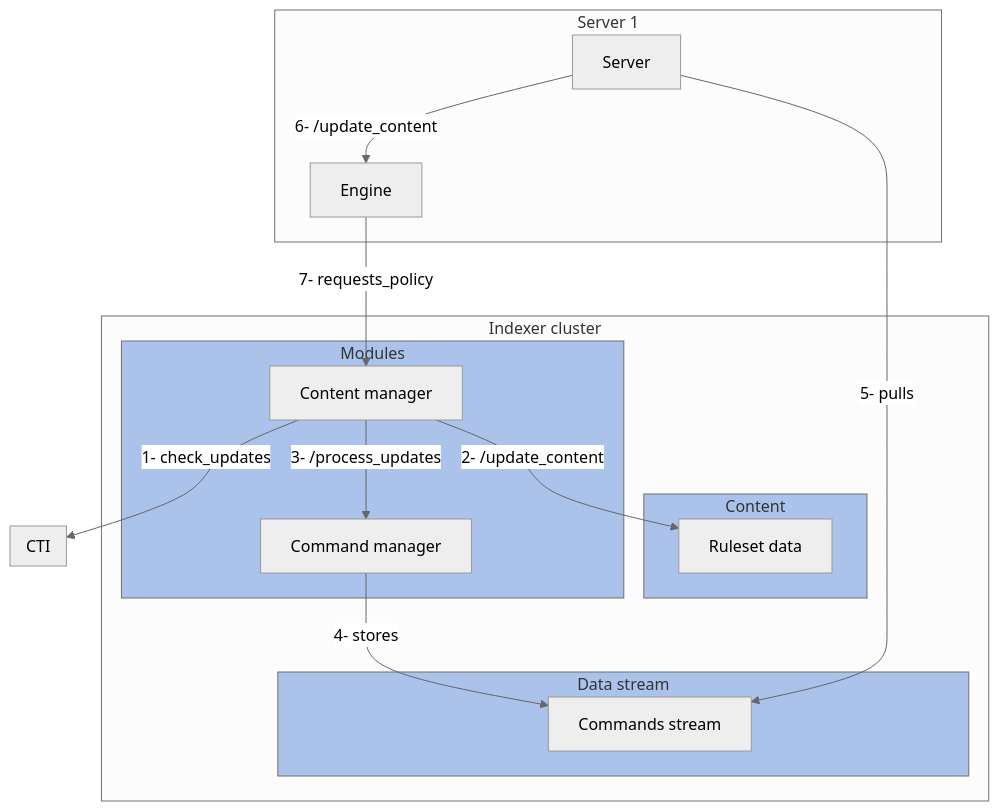
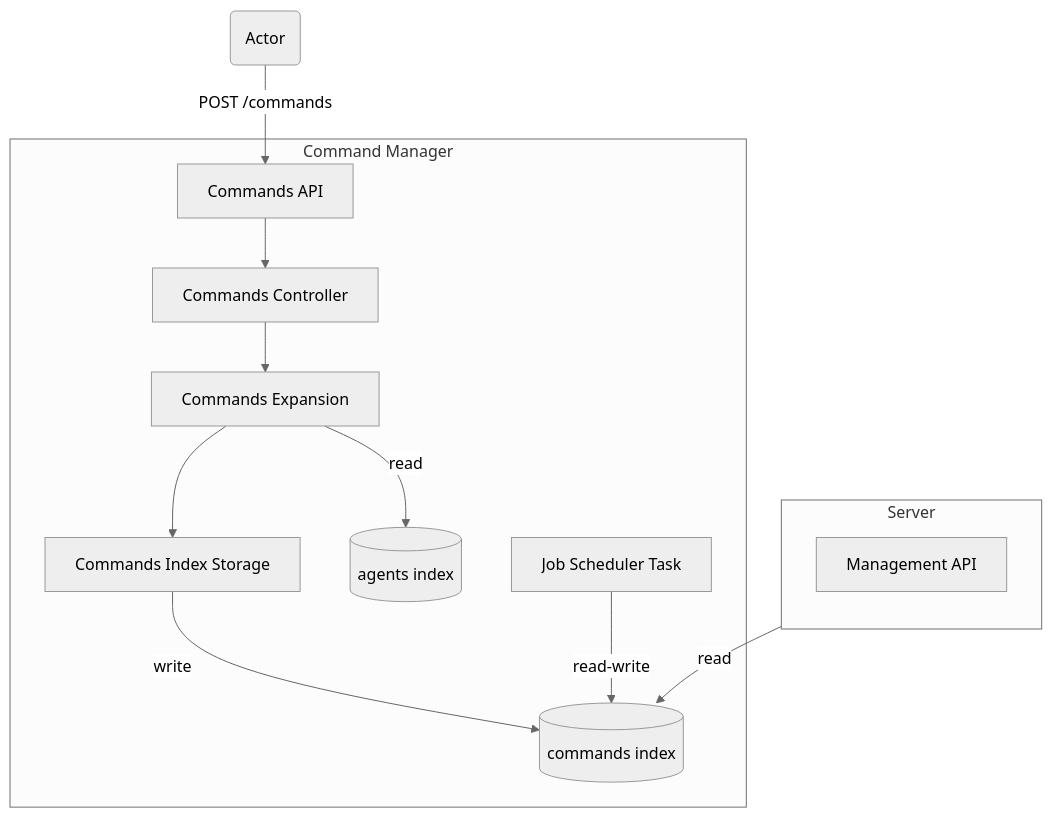
One commit to wazuh/wazuh-indexer-plugins changed the first of 2 diagrams in docs/ref/modules/command-manager/architecture.md. Above: the diagram before and after it, drawn with Mermaid (neutral theme). The commit also changed other lines of this file and 1 other file, not shown here.

Commit message:
Adds CORRECTLY command-manager diagrams to doc

````diff
--- a/docs/ref/modules/command-manager/architecture.md
+++ b/docs/ref/modules/command-manager/architecture.md
@@ -9,38 +5,28 @@
-        ```mermaid
-            flowchart TD
+```mermaid
+graph TD
+    subgraph Command_Manager["Command Manager"]
+        API["Commands API"]
+        Controller["Commands Controller"]
+        Processor["Commands Expansion"]
+        Storage["Commands Index Storage"]
+        CommandsIndex[(commands index)]
+        AgentsIndex[(agents index)]
+        Scheduler["Job Scheduler Task"]
+    end
 
-            subgraph Indexer["Indexer cluster"]
+    Actor("Actor") -- POST /commands --> API
 
-                subgraph Data_streams["Data stream"]
-                    commands_stream["Commands stream"]
-                end
+    API --> Controller
+    Controller --> Processor
+    Processor --> Storage
+    Storage -- write --> CommandsIndex
+    Processor -- read --> AgentsIndex
+    Scheduler -- read-write--> CommandsIndex
 
-                subgraph Data_states["Content"]
-                    states["Ruleset data"]
-                end
-                subgraph Plugins["Modules"]
-                    content_manager["Content manager"]
-                    command_manager["Command manager"]
-                end
-            end
+    subgraph Server["Server"]
+        direction TB
+        ManagementAPI["Management API"]
+    end
 
-            subgraph Wazuh1["Server 1"]
-                engine["Engine"]
-                server["Server"]
-            end
-
-            subgraph cti["CTI"]
-            end
-
-            content_manager -- 1- check_updates --> cti
-            content_manager -- 2- /update_content --> states
-            content_manager -- 3- /process_updates --> command_manager
-            command_manager -- 4- stores --> commands_stream
-            server -- 5- pulls --> commands_stream
-            server -- 6- /update_content --> engine
-            engine -- 7- requests_policy --> content_manager
-
-            style Data_streams fill:#abc2eb
-            style Data_states fill:#abc2eb
-            style Plugins fill:#abc2eb
-        ```
+    ManagementAPI -- read --> CommandsIndex
+```
````
